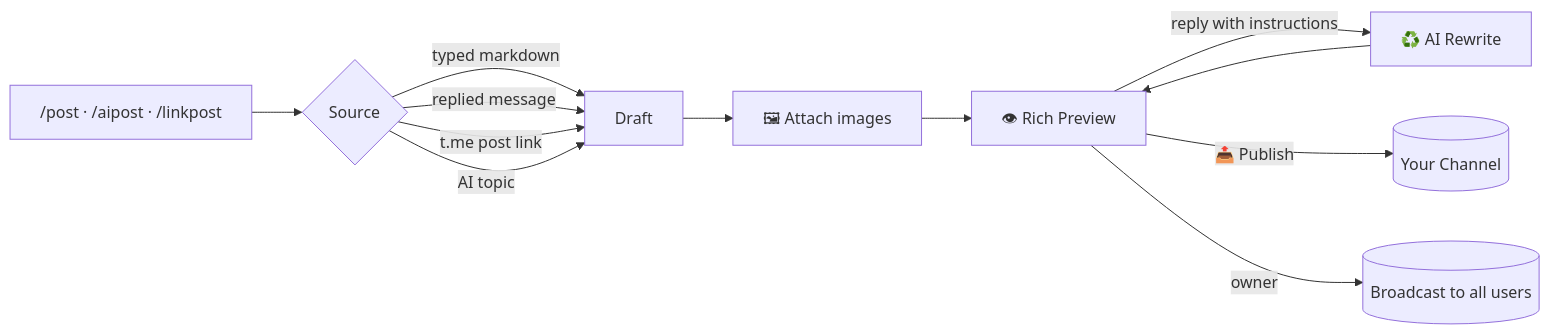
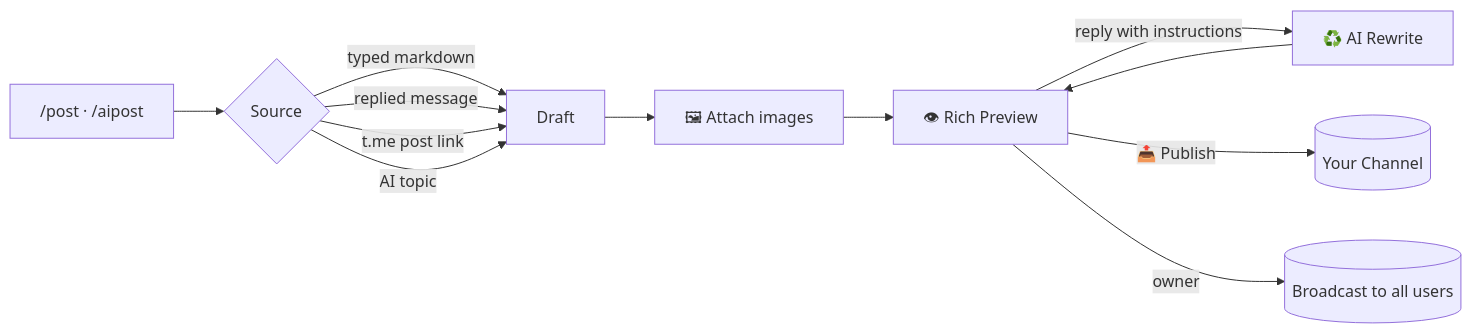
Before and after one commit to mhx2n/on-demand-renderer: the diagram in README.md, drawn with Mermaid. The commit also changed other lines of this file and 36 other files, not shown here.

````diff
--- a/README.md
+++ b/README.md
@@ -80,14 +80,14 @@
 ```mermaid
 flowchart LR
-    A["/post · /aipost · /linkpost"] --> B{Source}
+    A["/post · /aipost"] --> B{Source}
     B -->|typed markdown| C[Draft]
     B -->|replied message| C
     B -->|t.me post link| C
     B -->|AI topic| C
     C --> D[🖼 Attach images]
     D --> E[👁 Rich Preview]
     E -->|reply with instructions| F[♻️ AI Rewrite]
     F --> E
     E -->|📤 Publish| G[(Your Channel)]
     E -->|owner| H[(Broadcast to all users)]
 ```
````
